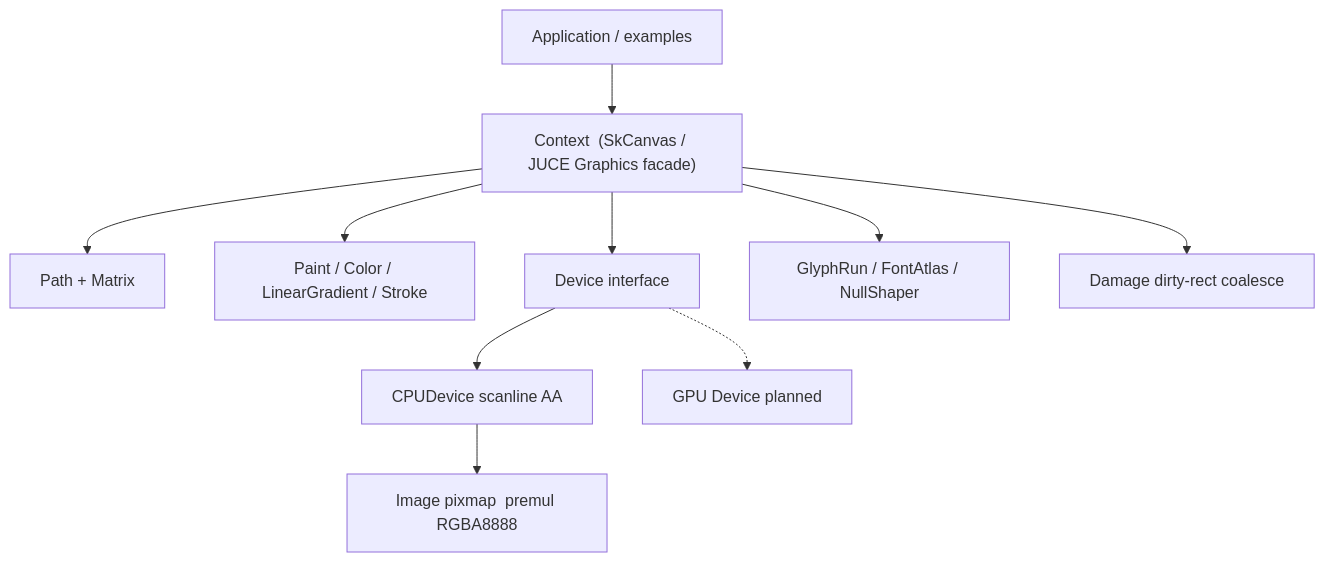
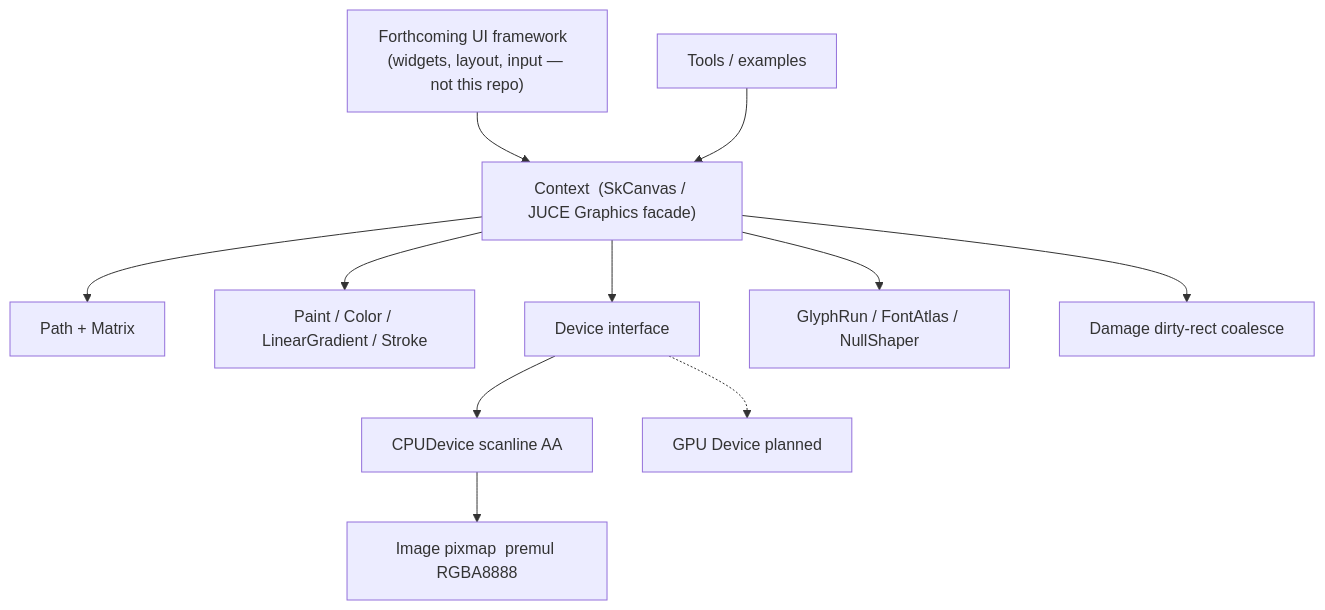
The diagram in README.md (codemodify/paintengine2d), drawn with Mermaid before and after one commit. The commit also changed other lines of this file and 8 other files, not shown here.

First line of the commit message:
feat: v0.5.0 foundation APIs for a forthcoming UI framework

````diff
--- a/README.md
+++ b/README.md
@@ -92,12 +127,13 @@
 ```mermaid
 flowchart TB
-    App["Application / examples"] --> Ctx["Context  (SkCanvas / JUCE Graphics facade)"]
+    Fw["Forthcoming UI framework  (widgets, layout, input — not this repo)"] --> Ctx["Context  (SkCanvas / JUCE Graphics facade)"]
+    App["Tools / examples"] --> Ctx
     Ctx --> Path["Path + Matrix"]
     Ctx --> Paint["Paint / Color / LinearGradient / Stroke"]
     Ctx --> Dev["Device interface"]
     Dev --> CPU["CPUDevice  scanline AA"]
     Dev -.-> GPU["GPU Device  planned"]
     CPU --> Pix["Image pixmap  premul RGBA8888"]
     Ctx --> Text["GlyphRun / FontAtlas / NullShaper"]
     Ctx --> Dmg["Damage  dirty-rect coalesce"]
 ```
````
